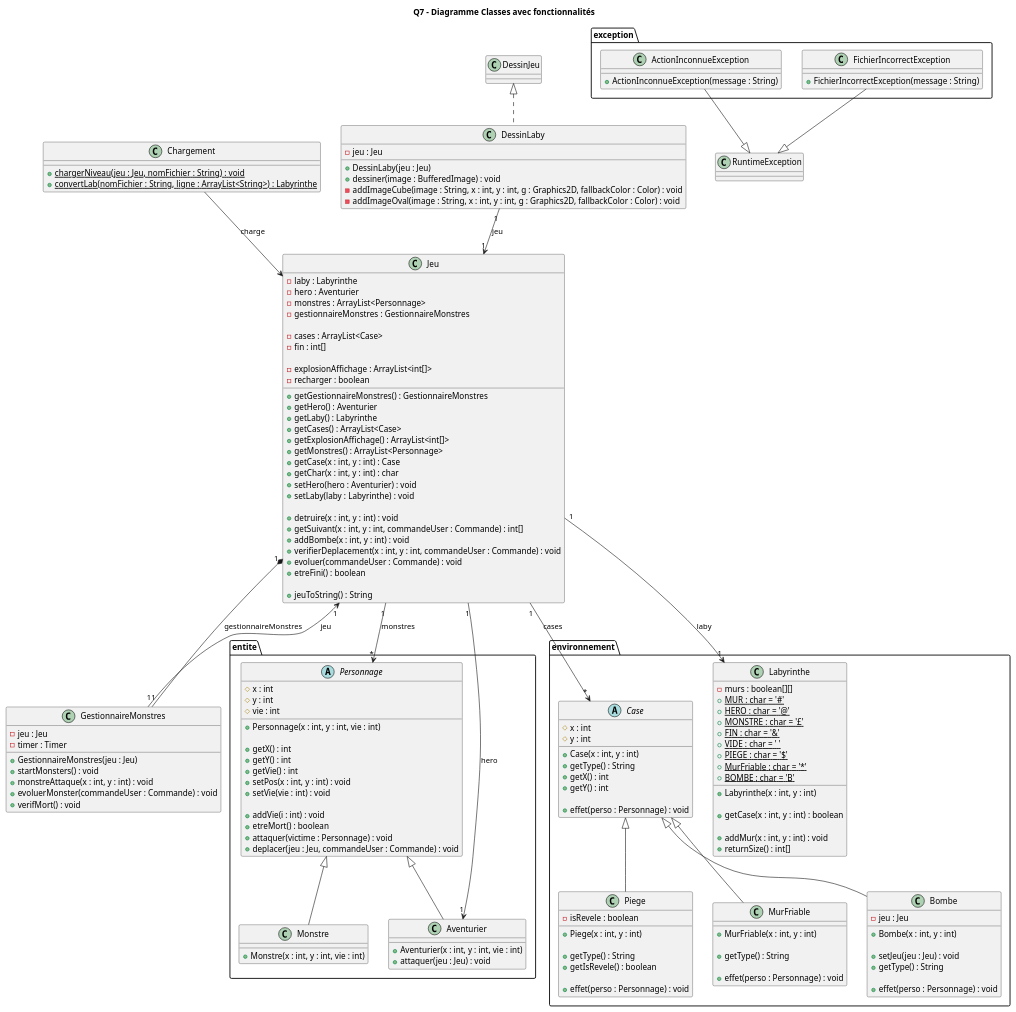
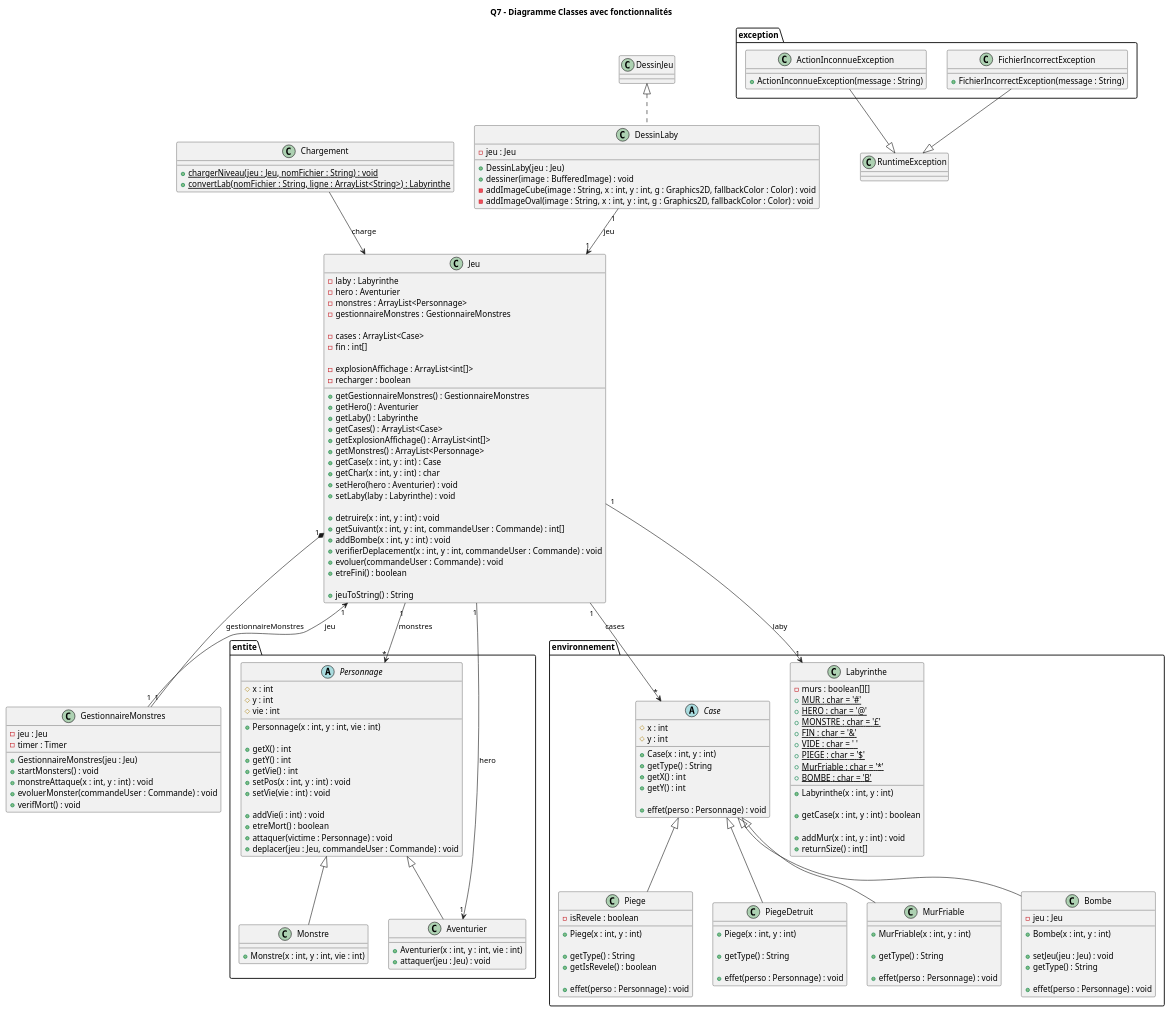
One commit to lucas-martinati-pro/SAE_S2.01_Zeldiablo-LucasM_JeanLM_PierreGSV changed the diagram in documents/version_2/Q7 - Diagramme Classes avec fonctionnalités.puml. Above: the diagram before and after it, drawn with PlantUML. The commit also changed 6 other files, not shown here.

Commit message:
edit: PiegeDetruit into a class

```diff
--- a/documents/version_2/Q7 - Diagramme Classes avec fonctionnalités.puml
+++ b/documents/version_2/Q7 - Diagramme Classes avec fonctionnalités.puml
@@ -133,6 +133,14 @@
         + effet(perso : Personnage) : void
     }
 
+    class PiegeDetruit {
+            + Piege(x : int, y : int)
+
+            + getType() : String
+
+            + effet(perso : Personnage) : void
+        }
+
     class MurFriable {
         + MurFriable(x : int, y : int)
 
@@ -167,6 +175,7 @@
 ' Relations
 ' ========================
 Case <|-- Piege
+Case <|-- PiegeDetruit
 Case <|-- MurFriable
 Case <|-- Bombe
 
```
